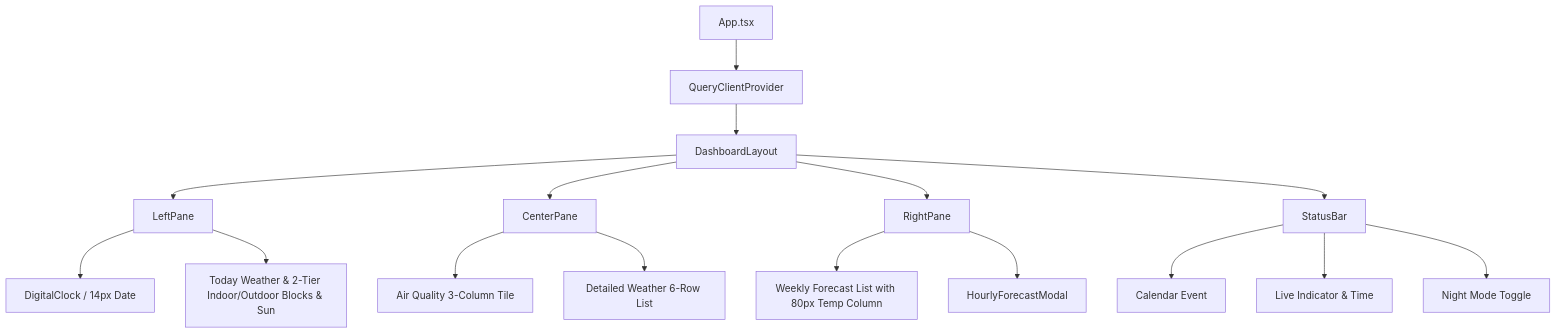
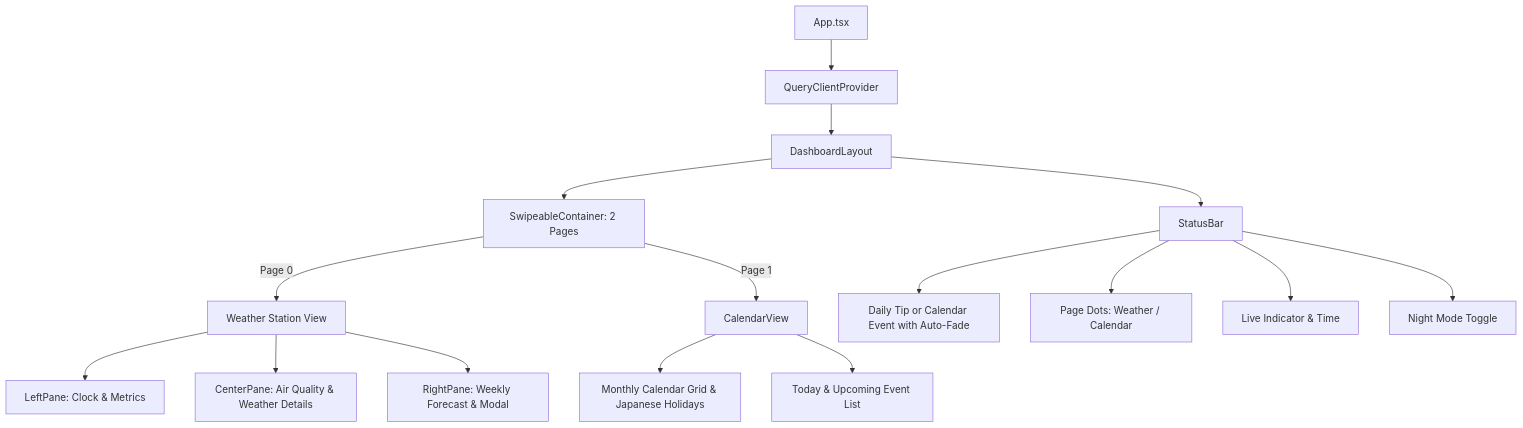
The diagram in DESIGN.md (YuukiTerui/daily-station), drawn with Mermaid before and after one commit. The commit also changed other lines of this file and 8 other files, not shown here.

Commit message:
feat: add swipeable calendar view and weather-aware daily tip assistant

````diff
--- a/DESIGN.md
+++ b/DESIGN.md
@@ -107,22 +116,21 @@
 ```mermaid
 graph TD
     App[App.tsx] --> QC[QueryClientProvider]
     QC --> DL[DashboardLayout]
-    DL --> LP[LeftPane]
-    DL --> CP[CenterPane]
-    DL --> RP[RightPane]
+    DL --> SC[SwipeableContainer: 2 Pages]
     DL --> SB[StatusBar]
 
-    LP --> Clock[DigitalClock / 14px Date]
-    LP --> IntegratedWeather[Today Weather & 2-Tier Indoor/Outdoor Blocks & Sun]
+    SC -->|Page 0| WeatherView[Weather Station View]
+    WeatherView --> LP[LeftPane: Clock & Metrics]
+    WeatherView --> CP[CenterPane: Air Quality & Weather Details]
+    WeatherView --> RP[RightPane: Weekly Forecast & Modal]
 
-    CP --> AirQualityTile[Air Quality 3-Column Tile]
-    CP --> WeatherList[Detailed Weather 6-Row List]
+    SC -->|Page 1| CV[CalendarView]
+    CV --> CalGrid[Monthly Calendar Grid & Japanese Holidays]
+    CV --> EventList[Today & Upcoming Event List]
 
-    RP --> WeeklyList[Weekly Forecast List with 80px Temp Column]
-    RP --> Modal[HourlyForecastModal]
-
-    SB --> CalendarSummary[Calendar Event]
+    SB --> TipSummary[Daily Tip or Calendar Event with Auto-Fade]
+    SB --> PageIndicator[Page Dots: Weather / Calendar]
     SB --> RefreshStatus[Live Indicator & Time]
     SB --> NightToggle[Night Mode Toggle]
 ```
````
